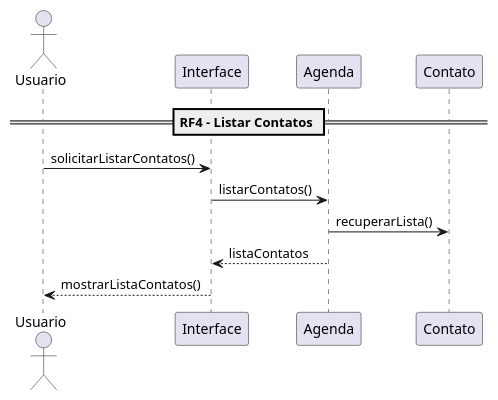
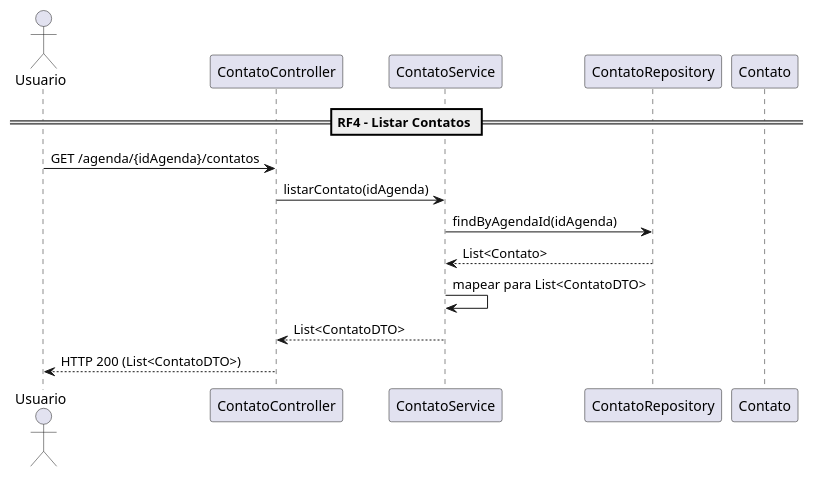
One commit to rafaelontour/agenda_es changed the fourth of 7 diagrams in diagrama.puml. Above: the diagram before and after it, drawn with PlantUML. The commit also changed other lines of this file and 4 other files, not shown here.

```diff
--- a/diagrama.puml
+++ b/diagrama.puml
@@ -58,16 +69,16 @@
 @startuml
-' =======================================================
-' RF4 – Listar Contatos
-' =======================================================
 actor Usuario
-participant "Interface" as UI
-participant "Agenda" as Agenda
+participant "ContatoController" as CC
+participant "ContatoService" as CS
+participant "ContatoRepository" as CR
 participant "Contato" as Contato
 
-== RF4 - Listar Contatos ==
-Usuario -> UI : solicitarListarContatos()
-UI -> Agenda : listarContatos()
-Agenda -> Contato : recuperarLista()
-Agenda --> UI : listaContatos
-UI --> Usuario : mostrarListaContatos()
+== RF4 – Listar Contatos ==
+Usuario -> CC : GET /agenda/{idAgenda}/contatos
+CC -> CS : listarContato(idAgenda)
+CS -> CR : findByAgendaId(idAgenda)
+CR --> CS : List<Contato>
+CS -> CS : mapear para List<ContatoDTO>
+CS --> CC : List<ContatoDTO>
+CC --> Usuario : HTTP 200 (List<ContatoDTO>)
 @enduml
```
